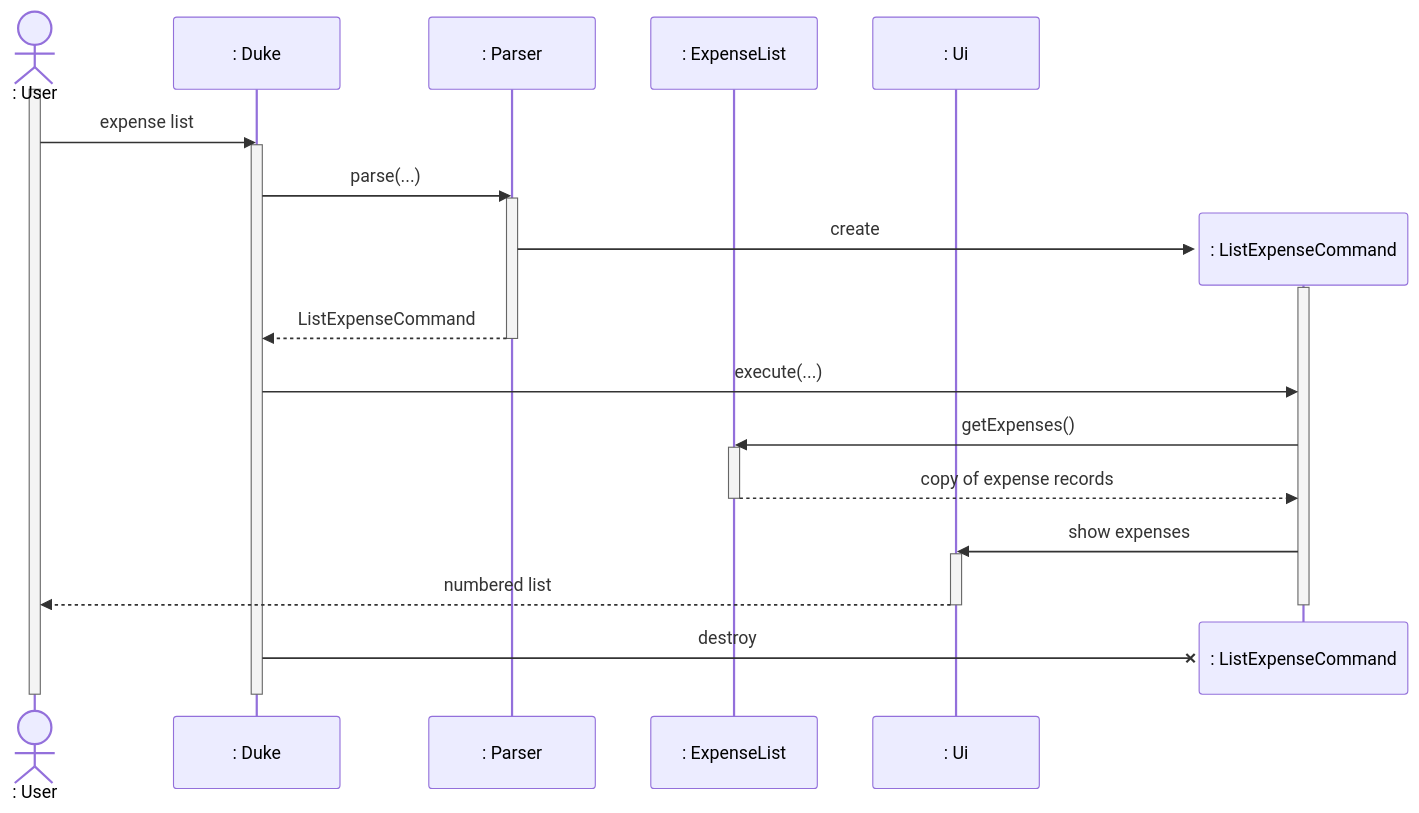
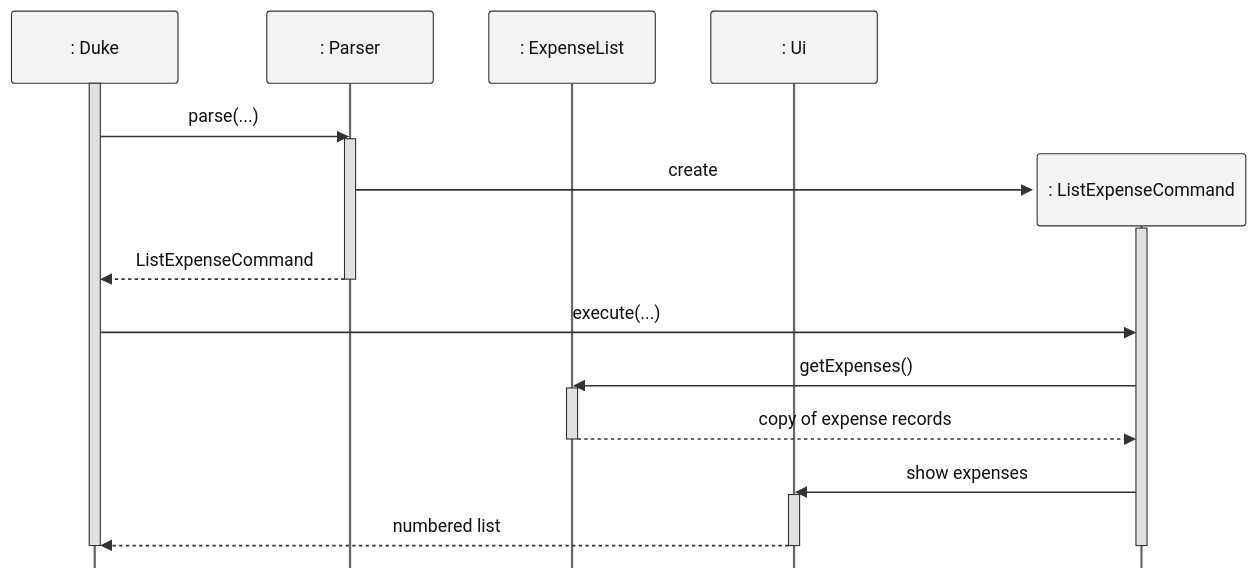
Before and after one commit to AY2627S1-CS2113-T11-1/tp: the diagram in docs/diagrams/expense-list.mmd, drawn with Mermaid. The commit also changed 7 other files, not shown here.

First line of the commit message:
docs: standardize expense sequence diagrams

```diff
--- a/docs/diagrams/expense-list.mmd
+++ b/docs/diagrams/expense-list.mmd
@@ -1,32 +1,27 @@
-%%{init: {"themeVariables": {"fontSize": "20px"}}}%%
+%%{init: {"sequence": {"mirrorActors": false}, "themeCSS": ".actor-line { stroke-dasharray: 4 4; }", "themeVariables": {"fontSize": "20px", "actorBkg": "#f4f4f4", "actorBorder": "#333333", "actorTextColor": "#111111", "actorLineColor": "#666666", "signalColor": "#333333", "signalTextColor": "#111111", "activationBkgColor": "#e0e0e0", "activationBorderColor": "#333333"}}}%%
 sequenceDiagram
-    actor User as : User
     participant D as : Duke
     participant P as : Parser
     participant L as : ExpenseList
     participant U as : Ui
 
-    activate User
-    User->>D: expense list
     activate D
     D->>P: parse(...)
     activate P
     create participant C as : ListExpenseCommand
     P->>C: create
     activate C
     P-->>D: ListExpenseCommand
     deactivate P
     D->>C: execute(...)
     C->>L: getExpenses()
     activate L
     L-->>C: copy of expense records
     deactivate L
     C->>U: show expenses
     activate U
-    U-->>User: numbered list
+    U-->>D: numbered list
     deactivate U
     deactivate C
     destroy C
-    D-xC: destroy
     deactivate D
-    deactivate User
```
